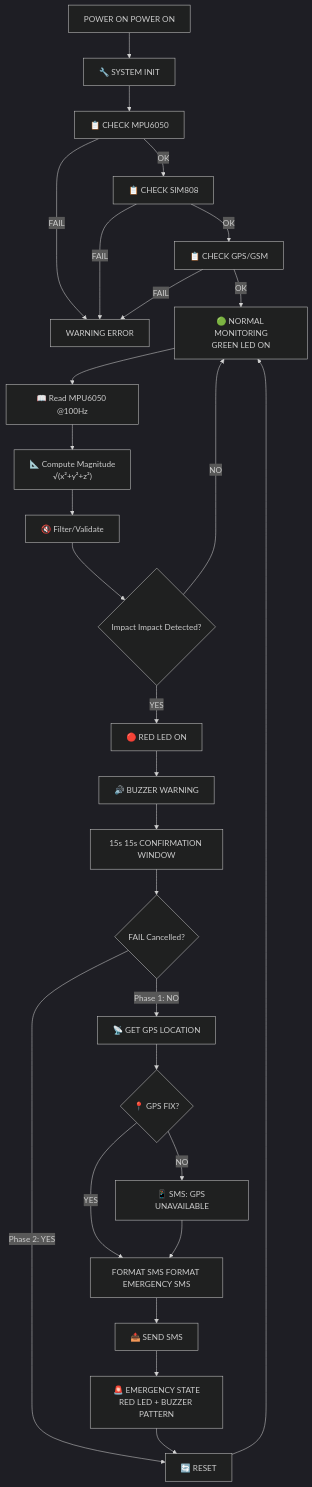
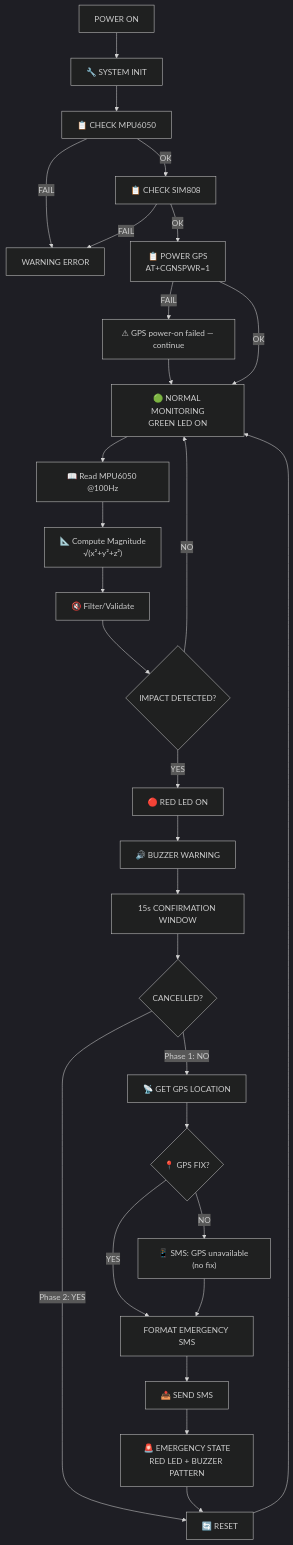
Before and after one commit to qppd/smart-vehicle-impact-detection-device: the first of 7 diagrams in docs/FLOWCHART.md, drawn with Mermaid (dark theme). The commit also changed other lines of this file and 10 other files, not shown here.

````diff
--- a/docs/FLOWCHART.md
+++ b/docs/FLOWCHART.md
@@ -8,34 +8,35 @@
 ```mermaid
 flowchart TD
-    POWER["POWER ON POWER ON"] --> INIT["🔧 SYSTEM INIT"]
+    POWER["POWER ON"] --> INIT["🔧 SYSTEM INIT"]
     INIT --> CHECK_MPU["📋 CHECK MPU6050"]
     CHECK_MPU -->|FAIL| ERROR["WARNING ERROR"]
     CHECK_MPU -->|OK| CHECK_SIM["📋 CHECK SIM808"]
     CHECK_SIM -->|FAIL| ERROR
-    CHECK_SIM -->|OK| CHECK_GPS["📋 CHECK GPS/GSM"]
-    CHECK_GPS -->|FAIL| ERROR
+    CHECK_SIM -->|OK| CHECK_GPS["📋 POWER GPS<br/>AT+CGNSPWR=1"]
+    CHECK_GPS -->|FAIL| MONITOR_WARN["⚠ GPS power-on failed — continue"]
+    MONITOR_WARN --> MONITOR
     CHECK_GPS -->|OK| MONITOR["🟢 NORMAL MONITORING<br/>GREEN LED ON"]
 
     MONITOR --> READ_MPU["📖 Read MPU6050 @100Hz"]
     READ_MPU --> COMPUTE["📐 Compute Magnitude<br/>√(x²+y²+z²)"]
     COMPUTE --> FILTER["🔇 Filter/Validate"]
-    FILTER --> IMPACT{"Impact Impact Detected?"}
+    FILTER --> IMPACT{"IMPACT DETECTED?"}
     IMPACT -->|NO| MONITOR
 
     IMPACT -->|YES| RED_ON["🔴 RED LED ON"]
     RED_ON --> BUZZER_WARN["🔊 BUZZER WARNING"]
-    BUZZER_WARN --> COUNTDOWN["15s 15s CONFIRMATION WINDOW"]
-    COUNTDOWN --> CANCELLED{"FAIL Cancelled?"}
+    BUZZER_WARN --> COUNTDOWN["15s CONFIRMATION WINDOW"]
+    COUNTDOWN --> CANCELLED{"CANCELLED?"}
 
     CANCELLED -->|Phase 2: YES| RESET["🔄 RESET"]
     RESET --> MONITOR
 
     CANCELLED -->|Phase 1: NO| GPS_START["📡 GET GPS LOCATION"]
     GPS_START --> GPS_POLL{"📍 GPS FIX?"}
-    GPS_POLL -->|NO| GPS_UNAVAIL["📱 SMS: GPS UNAVAILABLE"]
-    GPS_POLL -->|YES| FORMAT_SMS["FORMAT SMS FORMAT EMERGENCY SMS"]
+    GPS_POLL -->|NO| GPS_UNAVAIL["📱 SMS: GPS unavailable (no fix)"]
+    GPS_POLL -->|YES| FORMAT_SMS["FORMAT EMERGENCY SMS"]
     GPS_UNAVAIL --> FORMAT_SMS
     FORMAT_SMS --> SEND_SMS["📤 SEND SMS"]
     SEND_SMS --> EMERGENCY["🚨 EMERGENCY STATE<br/>RED LED + BUZZER PATTERN"]
     EMERGENCY --> RESET
 ```
````
